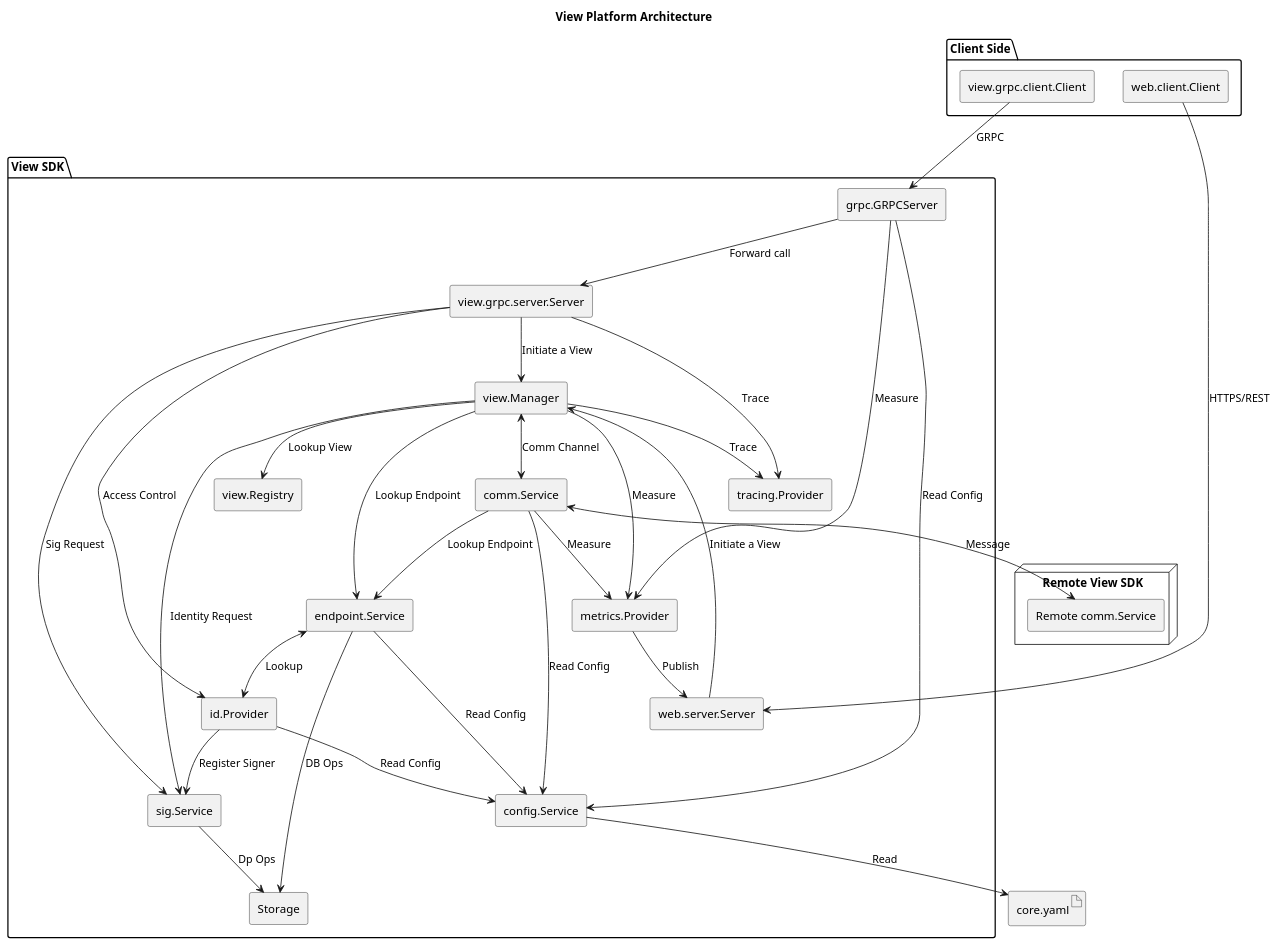
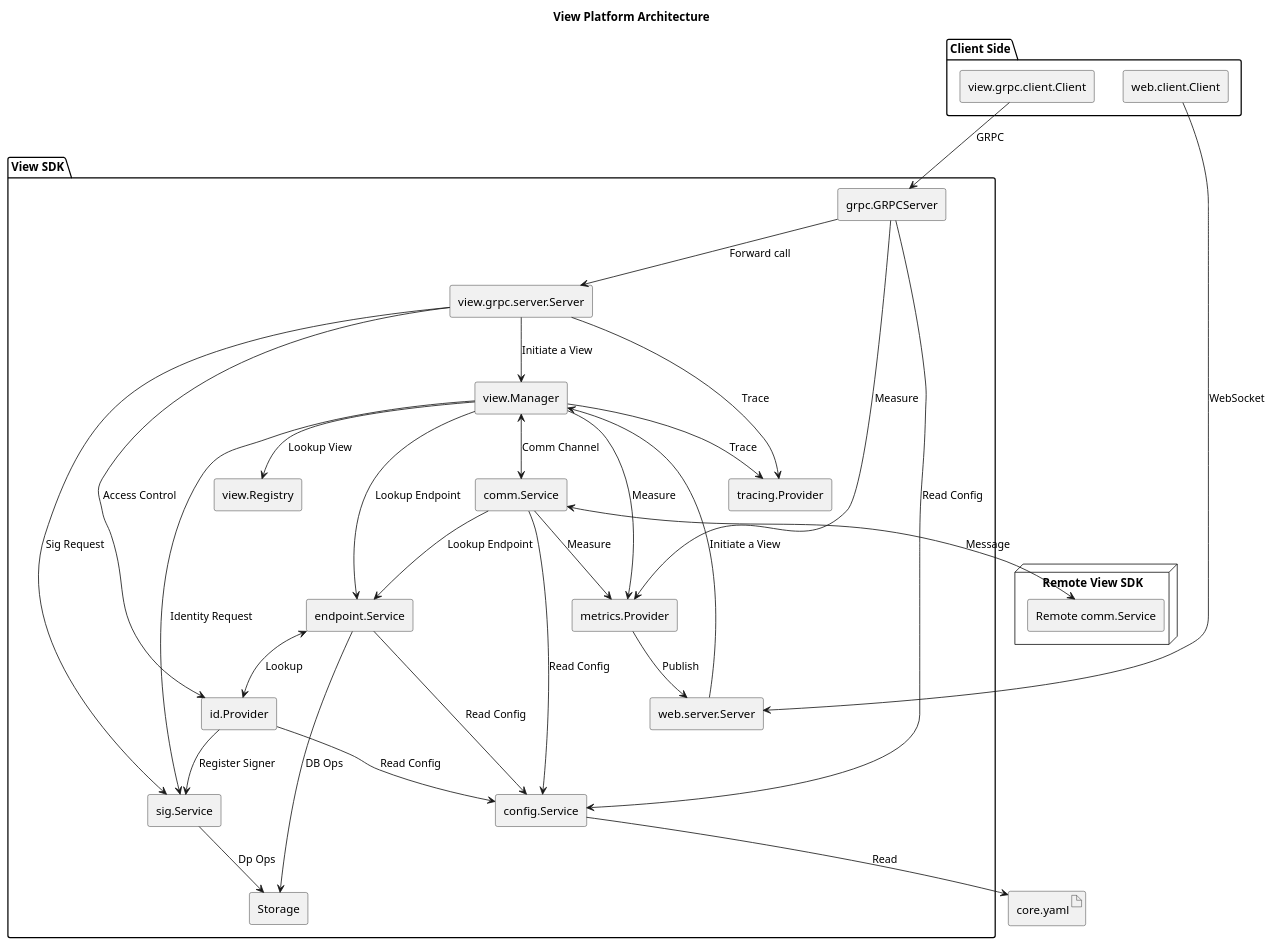
One commit to hyperledger-labs/fabric-smart-client changed the diagram in docs/platform/view/uml/architecture.puml. Above: the diagram before and after it, drawn with PlantUML. The commit also changed 129 other files, not shown here.

```diff
--- a/docs/platform/view/uml/architecture.puml
+++ b/docs/platform/view/uml/architecture.puml
@@ -1,59 +1,59 @@
 @startuml
 skinparam componentStyle rectangle
 
 title View Platform Architecture
 
 artifact "core.yaml" as Config
 
 package "Client Side" {
   [view.grpc.client.Client]
   [web.client.Client]
 }
 
 package "View SDK" {
   [view.grpc.client.Client] --> [grpc.GRPCServer] : GRPC
-  [web.client.Client] --> [web.server.Server] : HTTPS/REST
+  [web.client.Client] --> [web.server.Server] : WebSocket
 
   [grpc.GRPCServer] --> [view.grpc.server.Server] : Forward call
   [grpc.GRPCServer] --> [config.Service] : Read Config
   [grpc.GRPCServer] --> [metrics.Provider] : Measure
 
   [view.grpc.server.Server] --> [sig.Service] : Sig Request
   [view.grpc.server.Server] --> [view.Manager] : Initiate a View
   [view.grpc.server.Server] --> [id.Provider] : Access Control
   [view.grpc.server.Server] --> [tracing.Provider] : Trace
 
   [web.server.Server] --> [view.Manager] : Initiate a View
 
   [view.Manager] --> [view.Registry] : Lookup View
   [view.Manager] <--> [comm.Service] : Comm Channel
   [view.Manager] --> [endpoint.Service] : Lookup Endpoint
   [view.Manager] --> [sig.Service] : Identity Request
   [view.Manager] --> [tracing.Provider] : Trace
   [view.Manager] --> [metrics.Provider] : Measure
 
   [comm.Service] --> [config.Service] : Read Config
   [comm.Service] --> [metrics.Provider] : Measure
   [comm.Service] --> [endpoint.Service] : Lookup Endpoint
 
   [endpoint.Service] --> [Storage]: DB Ops
   [endpoint.Service] --> [config.Service]: Read Config
   [endpoint.Service] <--> [id.Provider] : Lookup
 
   [sig.Service] --> [Storage] : Dp Ops
 
   [id.Provider] -->  [sig.Service] : Register Signer
   [id.Provider] --> [config.Service] : Read Config
 
   [config.Service] --> [Config] : Read
 
   [metrics.Provider] --> [web.server.Server] : Publish
 }
 
 node "Remote View SDK" {
   [Remote comm.Service]
 }
 
 [comm.Service] <--> [Remote comm.Service] : Message
 
 @enduml
```
